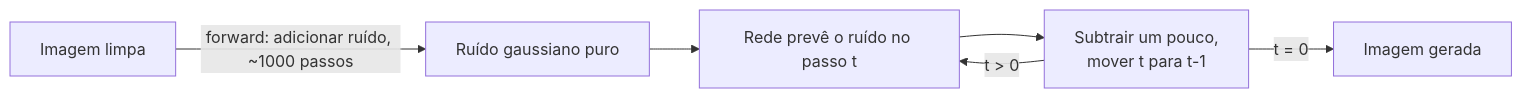
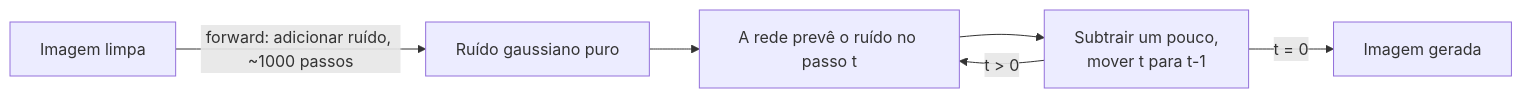
The fourth of 21 diagrams in 10-multimodal/questions.pt-BR.md (andrevberaldo/AI-Engineer-Interview-Questions), drawn with Mermaid before and after one commit. The commit also changed other lines of this file and 1 other file, not shown here.

````diff
--- a/10-multimodal/questions.pt-BR.md
+++ b/10-multimodal/questions.pt-BR.md
@@ -124,8 +124,8 @@
 ```mermaid
 flowchart LR
     A["Imagem limpa"] -->|"forward: adicionar ruído, ~1000 passos"| B["Ruído gaussiano puro"]
-    B --> C["Rede prevê o ruído no passo t"]
+    B --> C["A rede prevê o ruído no passo t"]
     C --> D["Subtrair um pouco,<br/>mover t para t-1"]
     D -->|"t > 0"| C
     D -->|"t = 0"| E["Imagem gerada"]
 ```
````
